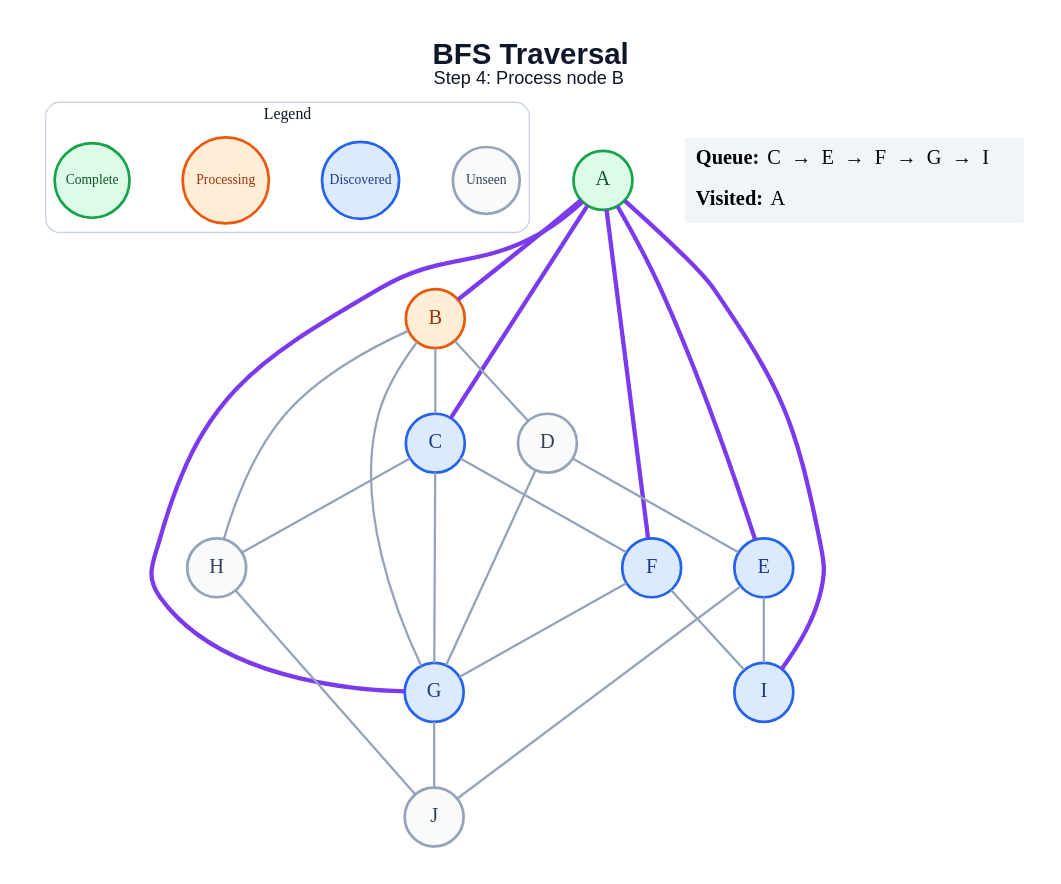
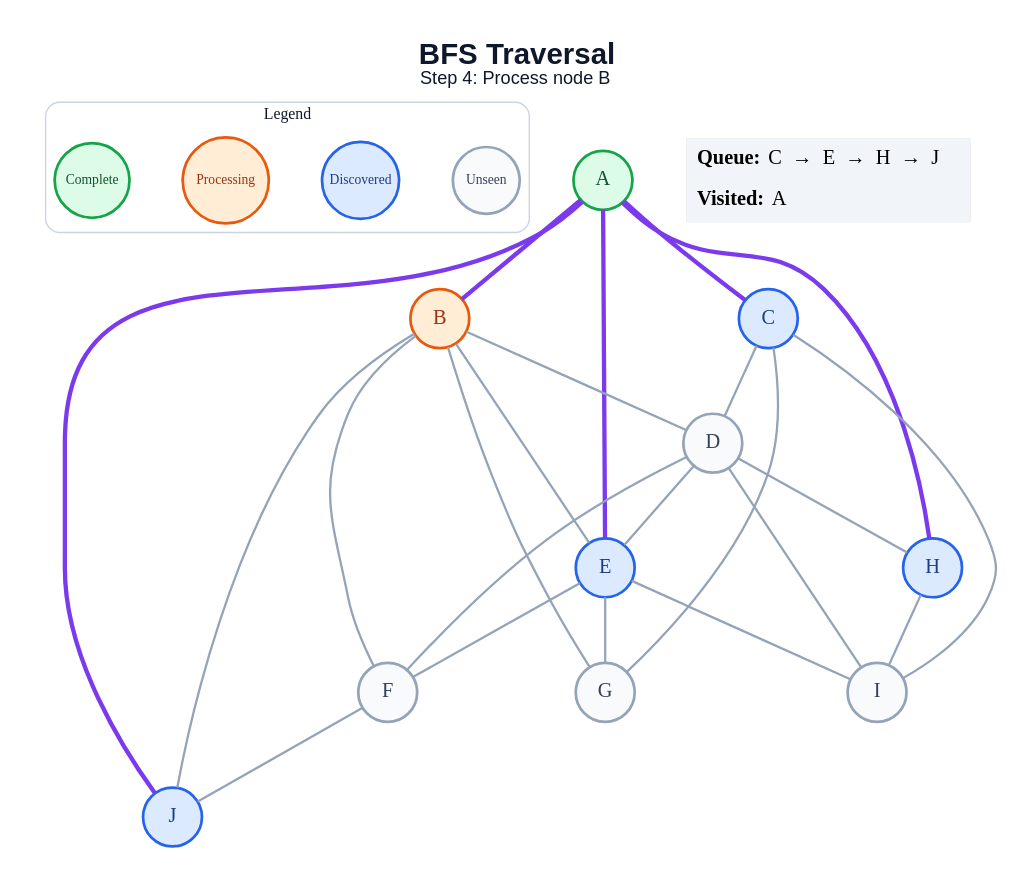
One commit to amanghodawala9/ai-slop changed the diagram in generated/bfs/step_04.dot. Above: the diagram before and after it, drawn with Graphviz. The commit also changed 178 other files, not shown here.

```diff
--- a/generated/bfs/step_04.dot
+++ b/generated/bfs/step_04.dot
@@ -1,50 +1,51 @@
 graph traversal {
   graph [layout=dot, rankdir=TB, bgcolor="#FFFFFF", pad="0.35", nodesep="0.65", ranksep="0.8", fontname="Arial"];
   node [shape=circle, style="filled", fontname="Arial Bold", fontsize=18, width=0.72, fixedsize=true, penwidth=2.4];
   edge [color="#94A3B8", penwidth=2.0];
   label=<<B>BFS Traversal</B><BR/><FONT POINT-SIZE="16">Step 4: Process node B</FONT>>; labelloc="t"; fontsize=26; fontname="Arial"; fontcolor="#0F172A";
   subgraph cluster_legend { label="Legend"; color="#CBD5E1"; penwidth=1.2; style="rounded"; fontsize=14; fontname="Arial Bold";
     key_unseen [label="Unseen", fillcolor="#F8FAFC", color="#94A3B8", fontcolor="#334155", fontsize=12, width=0.82];
     key_frontier [label="Discovered", fillcolor="#DBEAFE", color="#2563EB", fontcolor="#1E3A8A", fontsize=12, width=0.95];
     key_current [label="Processing", fillcolor="#FFEDD5", color="#EA580C", fontcolor="#9A3412", fontsize=12, width=1.05];
     key_done [label="Complete", fillcolor="#DCFCE7", color="#16A34A", fontcolor="#14532D", fontsize=12, width=0.92];
     { rank=same; key_unseen; key_frontier; key_current; key_done; }
   }
   A [fillcolor="#DCFCE7", color="#16A34A", fontcolor="#14532D"];
   B [fillcolor="#FFEDD5", color="#EA580C", fontcolor="#9A3412"];
   C [fillcolor="#DBEAFE", color="#2563EB", fontcolor="#1E3A8A"];
   D [fillcolor="#F8FAFC", color="#94A3B8", fontcolor="#334155"];
   E [fillcolor="#DBEAFE", color="#2563EB", fontcolor="#1E3A8A"];
-  F [fillcolor="#DBEAFE", color="#2563EB", fontcolor="#1E3A8A"];
-  G [fillcolor="#DBEAFE", color="#2563EB", fontcolor="#1E3A8A"];
-  H [fillcolor="#F8FAFC", color="#94A3B8", fontcolor="#334155"];
-  I [fillcolor="#DBEAFE", color="#2563EB", fontcolor="#1E3A8A"];
-  J [fillcolor="#F8FAFC", color="#94A3B8", fontcolor="#334155"];
+  F [fillcolor="#F8FAFC", color="#94A3B8", fontcolor="#334155"];
+  G [fillcolor="#F8FAFC", color="#94A3B8", fontcolor="#334155"];
+  H [fillcolor="#DBEAFE", color="#2563EB", fontcolor="#1E3A8A"];
+  I [fillcolor="#F8FAFC", color="#94A3B8", fontcolor="#334155"];
+  J [fillcolor="#DBEAFE", color="#2563EB", fontcolor="#1E3A8A"];
   A -- B [color="#7C3AED", penwidth=3.8];
   A -- C [color="#7C3AED", penwidth=3.8];
   A -- E [color="#7C3AED", penwidth=3.8];
-  A -- F [color="#7C3AED", penwidth=3.8];
-  A -- G [color="#7C3AED", penwidth=3.8];
-  A -- I [color="#7C3AED", penwidth=3.8];
-  B -- C;
+  A -- H [color="#7C3AED", penwidth=3.8];
+  A -- J [color="#7C3AED", penwidth=3.8];
   B -- D;
+  B -- E;
+  B -- F;
   B -- G;
-  B -- H;
-  C -- F;
+  B -- J;
+  C -- D;
   C -- G;
-  C -- H;
+  C -- I;
   D -- E;
-  D -- G;
+  D -- F;
+  D -- H;
+  D -- I;
+  E -- F;
+  E -- G;
   E -- I;
-  E -- J;
-  F -- G;
-  F -- I;
-  G -- J;
-  H -- J;
+  F -- J;
+  H -- I;
   status [shape=plain, fixedsize=false, width=0, height=0, margin=0, label=<
     <TABLE BORDER="0" CELLBORDER="0" CELLPADDING="7" BGCOLOR="#F1F5F9">
-      <TR><TD ALIGN="LEFT"><B>Queue:</B> C  →  E  →  F  →  G  →  I</TD></TR>
+      <TR><TD ALIGN="LEFT"><B>Queue:</B> C  →  E  →  H  →  J</TD></TR>
       <TR><TD ALIGN="LEFT"><B>Visited:</B> A</TD></TR>
     </TABLE>
   >];
 }
```
